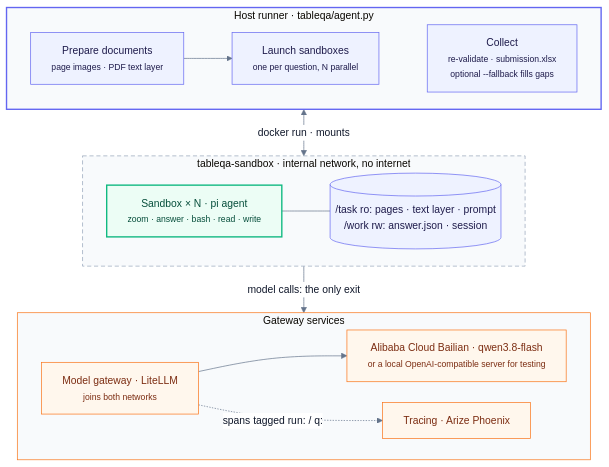
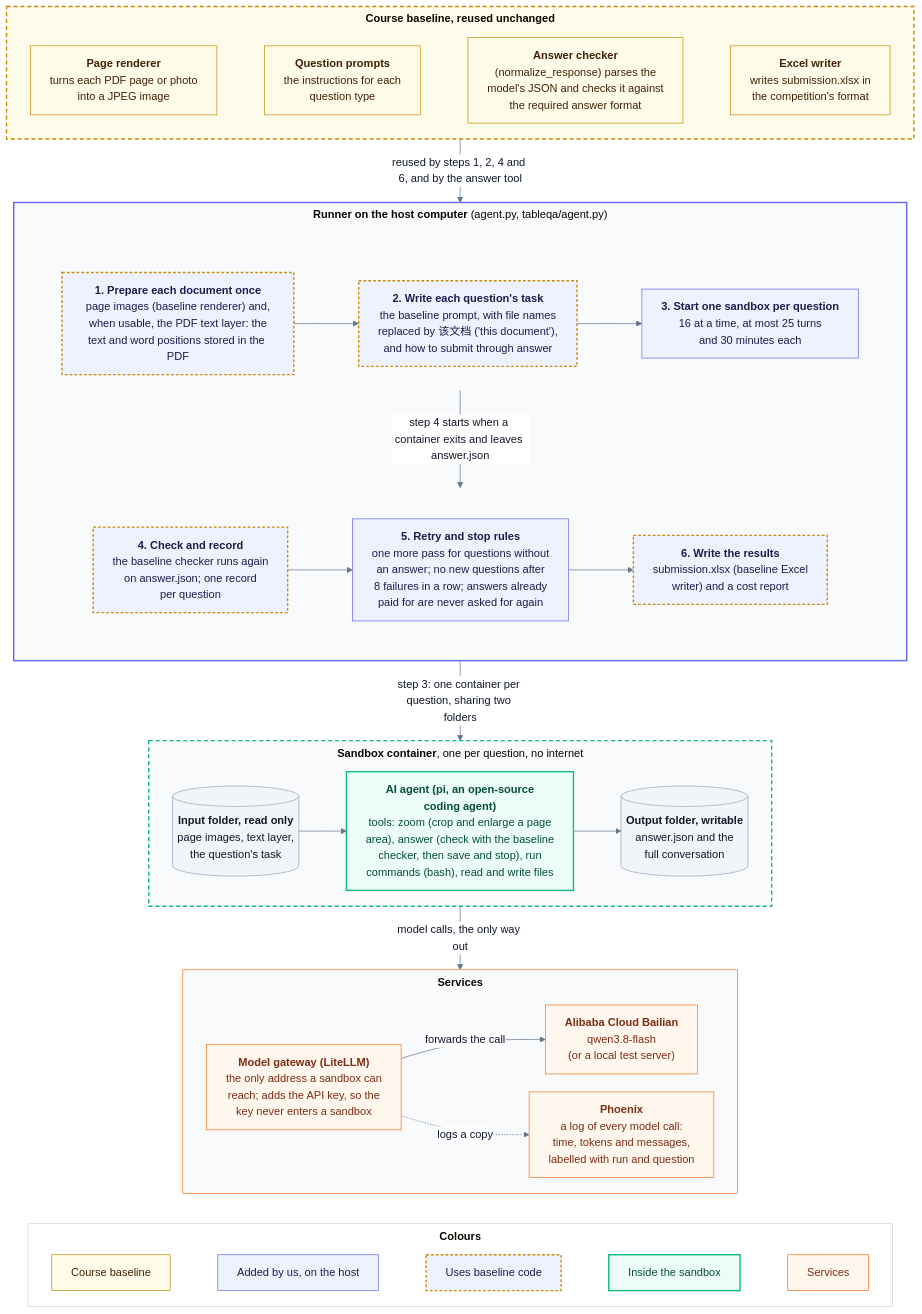
The diagram in docs/diagrams/architecture.mmd (eric15342335/AIFep-FDU.github.io), drawn with Mermaid before and after one commit. The commit also changed 16 other files, not shown here.

First line of the commit message:
Diagrams: Source Sans 3, question and run state charts

```diff
--- a/docs/diagrams/architecture.mmd
+++ b/docs/diagrams/architecture.mmd
@@ -1,41 +1,78 @@
-%%{init: {"theme": "base", "themeVariables": {"fontSize": "15px", "lineColor": "#64748b", "primaryTextColor": "#0f172a", "edgeLabelBackground": "#ffffff"}, "flowchart": {"nodeSpacing": 30, "rankSpacing": 45, "wrappingWidth": 280}}}%%
-%% Components and trust boundaries of the agentic harness.
-%% Edges between subgraphs (not their nodes) keep each subgraph's own direction.
+%%{init: {"theme": "base", "themeVariables": {"fontSize": "16px", "lineColor": "#64748b", "primaryTextColor": "#0f172a", "edgeLabelBackground": "#ffffff"}, "flowchart": {"nodeSpacing": 26, "rankSpacing": 44, "padding": 14, "wrappingWidth": 280, "subGraphTitleMargin": {"top": 6, "bottom": 16}}}}%%
+%% The parts of the agent harness, what each one can reach, and which parts come from the course baseline.
+%% Edges connect subgraphs (not their nodes), so each subgraph keeps its own direction.
 flowchart TB
-    subgraph HOST["Host runner · tableqa/agent.py"]
+    subgraph BASE["<b>Course baseline, reused unchanged</b>"]
         direction LR
-        prep["Prepare documents<br/><small>page images · PDF text layer</small>"]
-        launch["Launch sandboxes<br/><small>one per question, N parallel</small>"]
-        collect["Collect<br/><small>re-validate · submission.xlsx</small><br/><small>optional --fallback fills gaps</small>"]
-        prep --> launch ~~~ collect
+        render["<b>Page renderer</b><br/>turns each PDF page or photo<br/>into a JPEG image"]
+        prompts["<b>Question prompts</b><br/>the instructions for each<br/>question type"]
+        checker["<b>Answer checker</b><br/>(normalize_response) parses the<br/>model's JSON and checks it against<br/>the required answer format"]
+        writer["<b>Excel writer</b><br/>writes submission.xlsx in<br/>the competition's format"]
+        render ~~~ prompts ~~~ checker ~~~ writer
     end
 
-    subgraph NET["tableqa-sandbox · internal network, no internet"]
-        direction LR
-        agent["Sandbox × N · pi agent<br/><small>zoom · answer · bash · read · write</small>"]
-        files[("/task ro: pages · text layer · prompt<br/>/work rw: answer.json · session")]
-        agent --- files
+    subgraph HOST["<b>Runner on the host computer</b> (agent.py, tableqa/agent.py)"]
+        direction TB
+        subgraph ROW1[" "]
+            direction LR
+            prep["<b>1. Prepare each document once</b><br/>page images (baseline renderer) and,<br/>when usable, the PDF text layer: the<br/>text and word positions stored in the PDF"]
+            task["<b>2. Write each question's task</b><br/>the baseline prompt, with file names<br/>replaced by 该文档 ('this document'),<br/>and how to submit through answer"]
+            start["<b>3. Start one sandbox per question</b><br/>16 at a time, at most 25 turns<br/>and 30 minutes each"]
+            prep --> task --> start
+        end
+        subgraph ROW2[" "]
+            direction LR
+            check["<b>4. Check and record</b><br/>the baseline checker runs again<br/>on answer.json; one record<br/>per question"]
+            retry["<b>5. Retry and stop rules</b><br/>one more pass for questions without<br/>an answer; no new questions after<br/>8 failures in a row; answers already<br/>paid for are never asked for again"]
+            out["<b>6. Write the results</b><br/>submission.xlsx (baseline Excel<br/>writer) and a cost report"]
+            check --> retry --> out
+        end
+        ROW1 -- "step 4 starts when a container exits and leaves answer.json" --> ROW2
     end
 
-    subgraph SVC["Gateway services"]
+    subgraph BOX["<b>Sandbox container</b>, one per question, no internet"]
         direction LR
-        gw["Model gateway · LiteLLM<br/><small>joins both networks</small>"]
-        model["Alibaba Cloud Bailian · qwen3.8-flash<br/><small>or a local OpenAI-compatible server for testing</small>"]
-        trace["Tracing · Arize Phoenix"]
-        gw --> model
-        gw -. "spans tagged run: / q:" .-> trace
+        input[("<b>Input folder, read only</b><br/>page images, text layer,<br/>the question's task")]
+        agent["<b>AI agent (pi, an open-source<br/>coding agent)</b><br/>tools: zoom (crop and enlarge a page<br/>area), answer (check with the baseline<br/>checker, then save and stop), run<br/>commands (bash), read and write files"]
+        output[("<b>Output folder, writable</b><br/>answer.json and the<br/>full conversation")]
+        input --> agent --> output
     end
 
-    HOST <-->|"docker run · mounts"| NET
-    NET -- "model calls: the only exit" --> SVC
+    subgraph SVC["<b>Services</b>"]
+        direction LR
+        gw["<b>Model gateway (LiteLLM)</b><br/>the only address a sandbox can<br/>reach; adds the API key, so the<br/>key never enters a sandbox"]
+        model["<b>Alibaba Cloud Bailian</b><br/>qwen3.8-flash<br/>(or a local test server)"]
+        trace["<b>Phoenix</b><br/>a log of every model call:<br/>time, tokens and messages,<br/>labelled with run and question"]
+        gw -- "forwards the call" --> model
+        gw -. "logs a copy" .-> trace
+    end
 
+    subgraph KEY["<b>Colours</b>"]
+        direction LR
+        k1["Course baseline"] ~~~ k2["Added by us, on the host"] ~~~ k4["Uses baseline code"] ~~~ k3["Inside the sandbox"] ~~~ k5["Services"]
+    end
+
+    BASE -- "reused by steps 1, 2, 4 and 6, and by the answer tool" --> HOST
+    HOST -- "step 3: one container per question, sharing two folders" --> BOX
+    BOX -- "model calls, the only way out" --> SVC
+    SVC ~~~ KEY
+
+    classDef base fill:#fefce8,stroke:#ca8a04,color:#422006
     classDef host fill:#eef2ff,stroke:#6366f1,color:#1e1b4b
+    classDef usesBase fill:#eef2ff,stroke:#ca8a04,color:#1e1b4b,stroke-width:2px,stroke-dasharray:4 3
     classDef box fill:#ecfdf5,stroke:#10b981,color:#064e3b,stroke-width:2px
+    classDef folder fill:#f1f5f9,stroke:#94a3b8,color:#0f172a
     classDef ext fill:#fff7ed,stroke:#f97316,color:#7c2d12
-    class prep,launch,collect host
-    class agent box
-    class files host
-    class gw,model,trace ext
+    class render,prompts,checker,writer,k1 base
+    class start,retry,k2 host
+    class prep,task,check,out,k4 usesBase
+    class agent,k3 box
+    class input,output folder
+    class gw,model,trace,k5 ext
+    style BASE fill:#fffbeb,stroke:#ca8a04,stroke-width:2px,stroke-dasharray:6 4
     style HOST fill:#f8fafc,stroke:#6366f1,stroke-width:2px
-    style NET fill:#f8fafc,stroke:#94a3b8,stroke-dasharray:6 4
+    style ROW1 fill:none,stroke:none
+    style ROW2 fill:none,stroke:none
+    style BOX fill:#f8fafc,stroke:#10b981,stroke-width:2px,stroke-dasharray:6 4
     style SVC fill:#f8fafc,stroke:#f97316
+    style KEY fill:#ffffff,stroke:#cbd5e1
```
